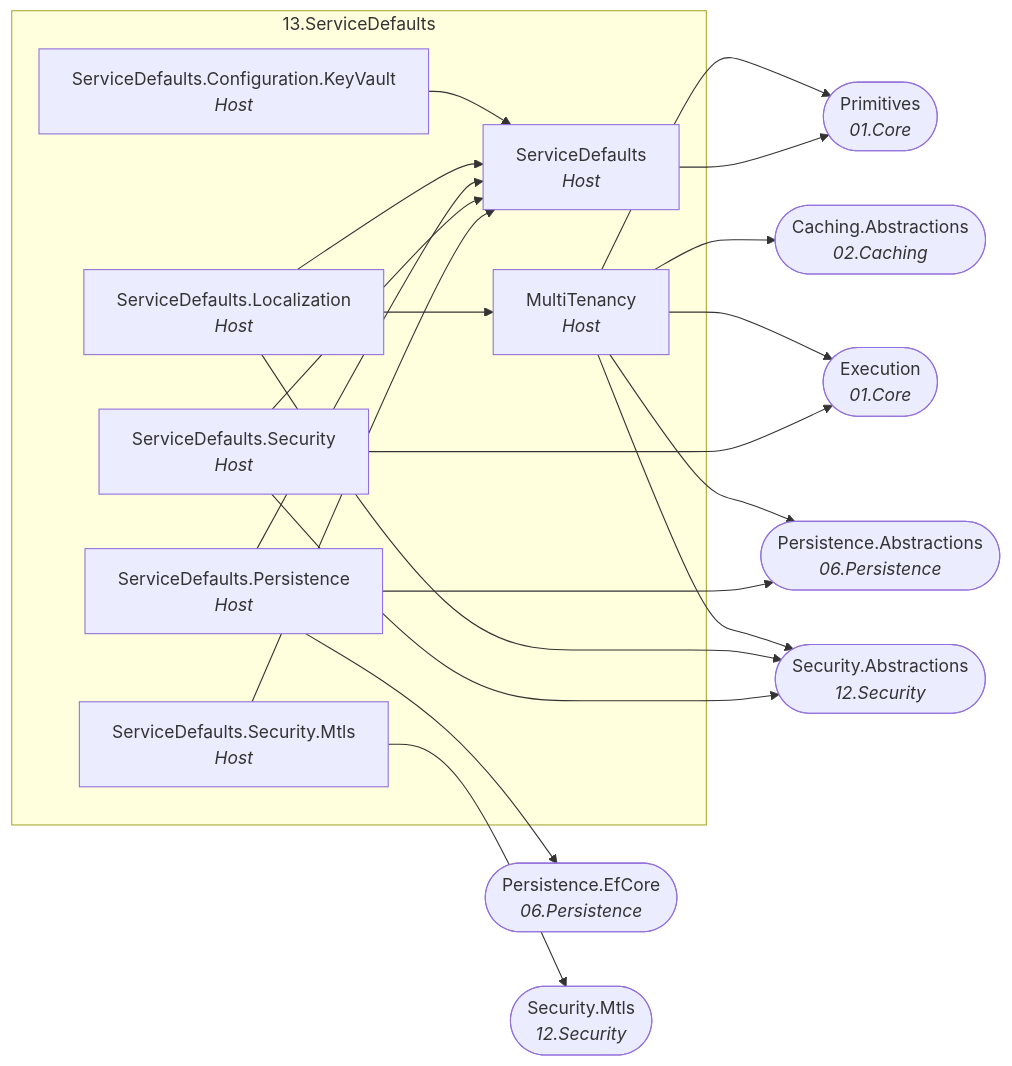
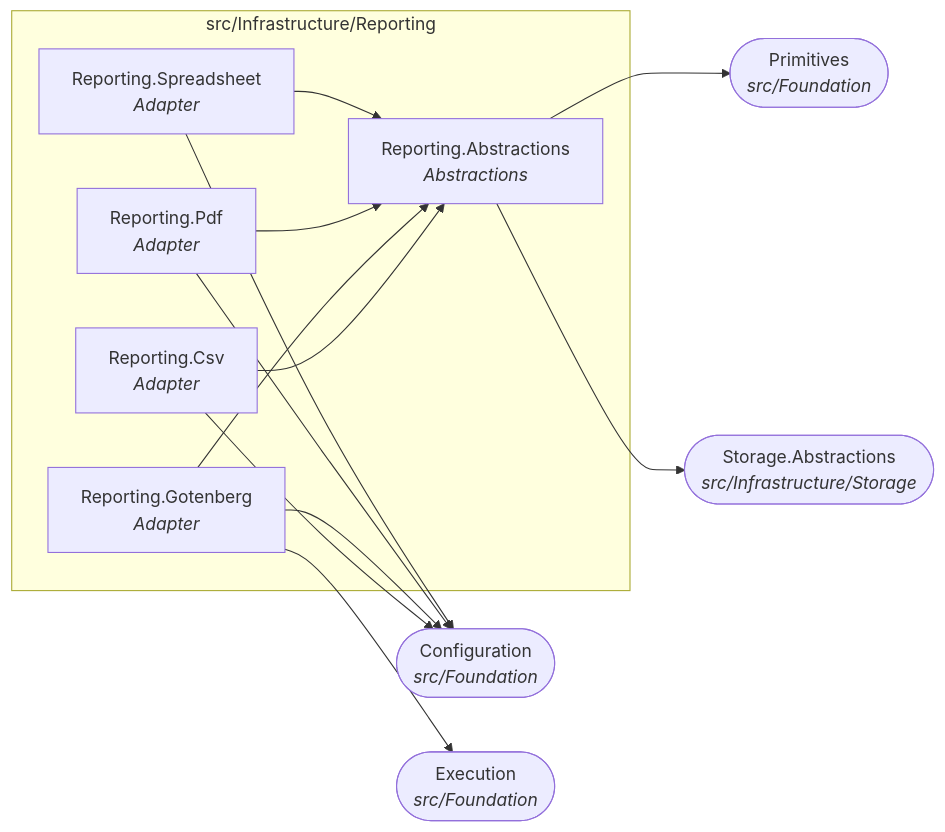
Diagram 14 of 22 in docs/dependency-graph.md (Gresta-Vertex-Labs/platform-shared-kernel), drawn with Mermaid before and after one commit. The commit also changed other lines of this file and 4053 other files, not shown here.

````diff
--- a/docs/dependency-graph.md
+++ b/docs/dependency-graph.md
@@ -431,37 +489,25 @@
 ```mermaid
 flowchart LR
-  subgraph folder_13_ServiceDefaults["13.ServiceDefaults"]
-    SharedKernel_MultiTenancy["MultiTenancy<br/><i>Host</i>"]
-    SharedKernel_ServiceDefaults["ServiceDefaults<br/><i>Host</i>"]
-    SharedKernel_ServiceDefaults_Configuration_KeyVault["ServiceDefaults.Configuration.KeyVault<br/><i>Host</i>"]
-    SharedKernel_ServiceDefaults_Localization["ServiceDefaults.Localization<br/><i>Host</i>"]
-    SharedKernel_ServiceDefaults_Persistence["ServiceDefaults.Persistence<br/><i>Host</i>"]
-    SharedKernel_ServiceDefaults_Security["ServiceDefaults.Security<br/><i>Host</i>"]
-    SharedKernel_ServiceDefaults_Security_Mtls["ServiceDefaults.Security.Mtls<br/><i>Host</i>"]
+  subgraph folder_src_Infrastructure_Reporting["src/Infrastructure/Reporting"]
+    SharedKernel_Reporting_Abstractions["Reporting.Abstractions<br/><i>Abstractions</i>"]
+    SharedKernel_Reporting_Csv["Reporting.Csv<br/><i>Adapter</i>"]
+    SharedKernel_Reporting_Gotenberg["Reporting.Gotenberg<br/><i>Adapter</i>"]
+    SharedKernel_Reporting_Pdf["Reporting.Pdf<br/><i>Adapter</i>"]
+    SharedKernel_Reporting_Spreadsheet["Reporting.Spreadsheet<br/><i>Adapter</i>"]
   end
-  SharedKernel_Caching_Abstractions(["Caching.Abstractions<br/><i>02.Caching</i>"])
-  SharedKernel_Execution(["Execution<br/><i>01.Core</i>"])
-  SharedKernel_Persistence_Abstractions(["Persistence.Abstractions<br/><i>06.Persistence</i>"])
-  SharedKernel_Persistence_EfCore(["Persistence.EfCore<br/><i>06.Persistence</i>"])
-  SharedKernel_Primitives(["Primitives<br/><i>01.Core</i>"])
-  SharedKernel_Security_Abstractions(["Security.Abstractions<br/><i>12.Security</i>"])
-  SharedKernel_Security_Mtls(["Security.Mtls<br/><i>12.Security</i>"])
-  SharedKernel_MultiTenancy --> SharedKernel_Caching_Abstractions
-  SharedKernel_MultiTenancy --> SharedKernel_Execution
-  SharedKernel_MultiTenancy --> SharedKernel_Persistence_Abstractions
-  SharedKernel_MultiTenancy --> SharedKernel_Primitives
-  SharedKernel_MultiTenancy --> SharedKernel_Security_Abstractions
-  SharedKernel_ServiceDefaults --> SharedKernel_Primitives
-  SharedKernel_ServiceDefaults_Configuration_KeyVault --> SharedKernel_ServiceDefaults
-  SharedKernel_ServiceDefaults_Localization --> SharedKernel_MultiTenancy
-  SharedKernel_ServiceDefaults_Localization --> SharedKernel_Security_Abstractions
-  SharedKernel_ServiceDefaults_Localization --> SharedKernel_ServiceDefaults
-  SharedKernel_ServiceDefaults_Persistence --> SharedKernel_Persistence_Abstractions
-  SharedKernel_ServiceDefaults_Persistence --> SharedKernel_Persistence_EfCore
-  SharedKernel_ServiceDefaults_Persistence --> SharedKernel_ServiceDefaults
-  SharedKernel_ServiceDefaults_Security --> SharedKernel_Execution
-  SharedKernel_ServiceDefaults_Security --> SharedKernel_Security_Abstractions
-  SharedKernel_ServiceDefaults_Security --> SharedKernel_ServiceDefaults
-  SharedKernel_ServiceDefaults_Security_Mtls --> SharedKernel_Security_Mtls
-  SharedKernel_ServiceDefaults_Security_Mtls --> SharedKernel_ServiceDefaults
+  SharedKernel_Configuration(["Configuration<br/><i>src/Foundation</i>"])
+  SharedKernel_Execution(["Execution<br/><i>src/Foundation</i>"])
+  SharedKernel_Primitives(["Primitives<br/><i>src/Foundation</i>"])
+  SharedKernel_Storage_Abstractions(["Storage.Abstractions<br/><i>src/Infrastructure/Storage</i>"])
+  SharedKernel_Reporting_Abstractions --> SharedKernel_Primitives
+  SharedKernel_Reporting_Abstractions --> SharedKernel_Storage_Abstractions
+  SharedKernel_Reporting_Csv --> SharedKernel_Configuration
+  SharedKernel_Reporting_Csv --> SharedKernel_Reporting_Abstractions
+  SharedKernel_Reporting_Gotenberg --> SharedKernel_Configuration
+  SharedKernel_Reporting_Gotenberg --> SharedKernel_Execution
+  SharedKernel_Reporting_Gotenberg --> SharedKernel_Reporting_Abstractions
+  SharedKernel_Reporting_Pdf --> SharedKernel_Configuration
+  SharedKernel_Reporting_Pdf --> SharedKernel_Reporting_Abstractions
+  SharedKernel_Reporting_Spreadsheet --> SharedKernel_Configuration
+  SharedKernel_Reporting_Spreadsheet --> SharedKernel_Reporting_Abstractions
 ```
````
